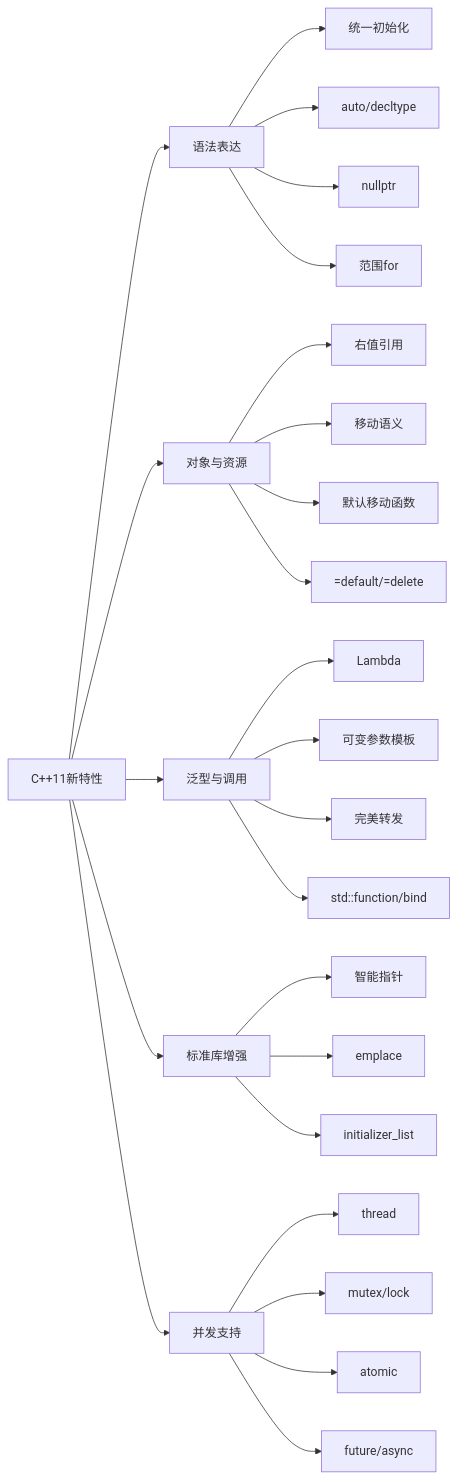
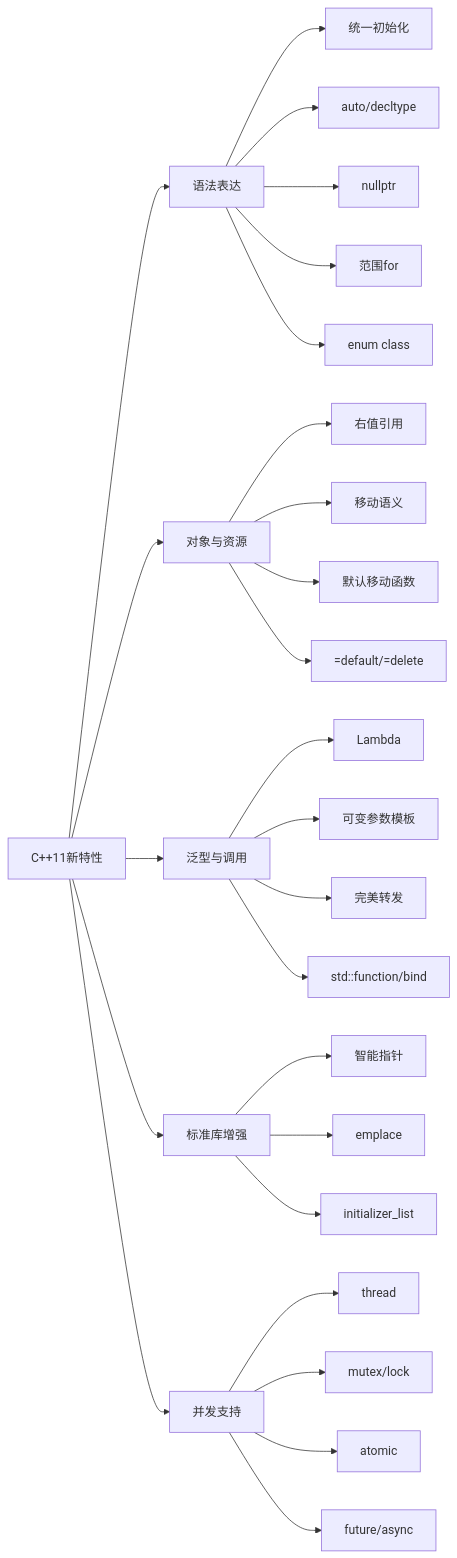
One commit to Elio265/Knowledge-Base changed the diagram in obsidian-cpp-kb/01-C++/C++11新特性总览.md. Above: the diagram before and after it, drawn with Mermaid. The commit also changed other lines of this file and 9 other files, not shown here.

````diff
--- a/obsidian-cpp-kb/01-C++/C++11新特性总览.md
+++ b/obsidian-cpp-kb/01-C++/C++11新特性总览.md
@@ -16,32 +16,33 @@
 ```mermaid
 flowchart LR
   A["C++11新特性"] --> B["语法表达"]
   A --> C["对象与资源"]
   A --> D["泛型与调用"]
   A --> E["标准库增强"]
   A --> F["并发支持"]
 
   B --> B1["统一初始化"]
   B --> B2["auto/decltype"]
   B --> B3["nullptr"]
   B --> B4["范围for"]
+  B --> B5["enum class"]
 
   C --> C1["右值引用"]
   C --> C2["移动语义"]
   C --> C3["默认移动函数"]
   C --> C4["=default/=delete"]
 
   D --> D1["Lambda"]
   D --> D2["可变参数模板"]
   D --> D3["完美转发"]
   D --> D4["std::function/bind"]
 
   E --> E1["智能指针"]
   E --> E2["emplace"]
   E --> E3["initializer_list"]
 
   F --> F1["thread"]
   F --> F2["mutex/lock"]
   F --> F3["atomic"]
   F --> F4["future/async"]
 ```
````
